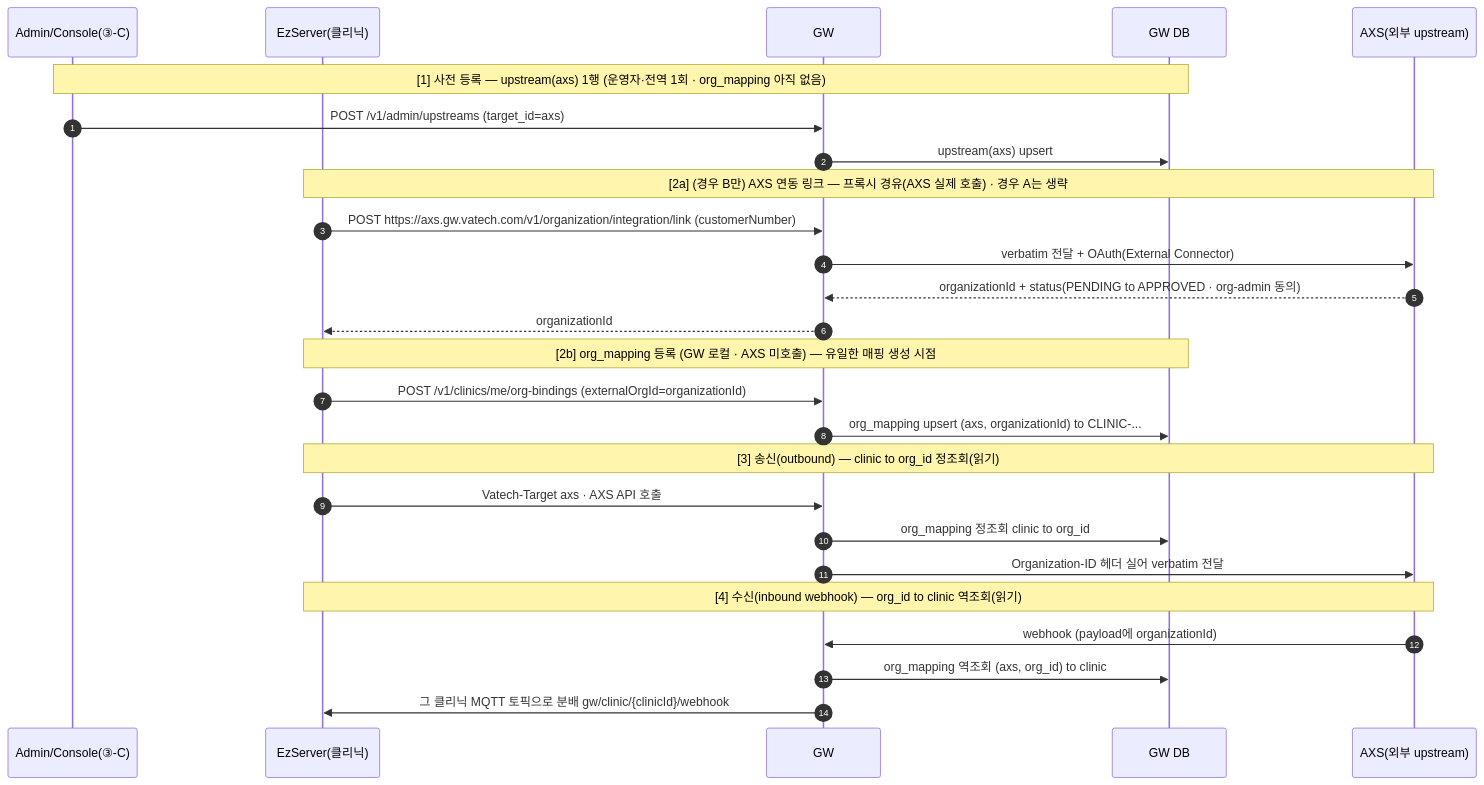
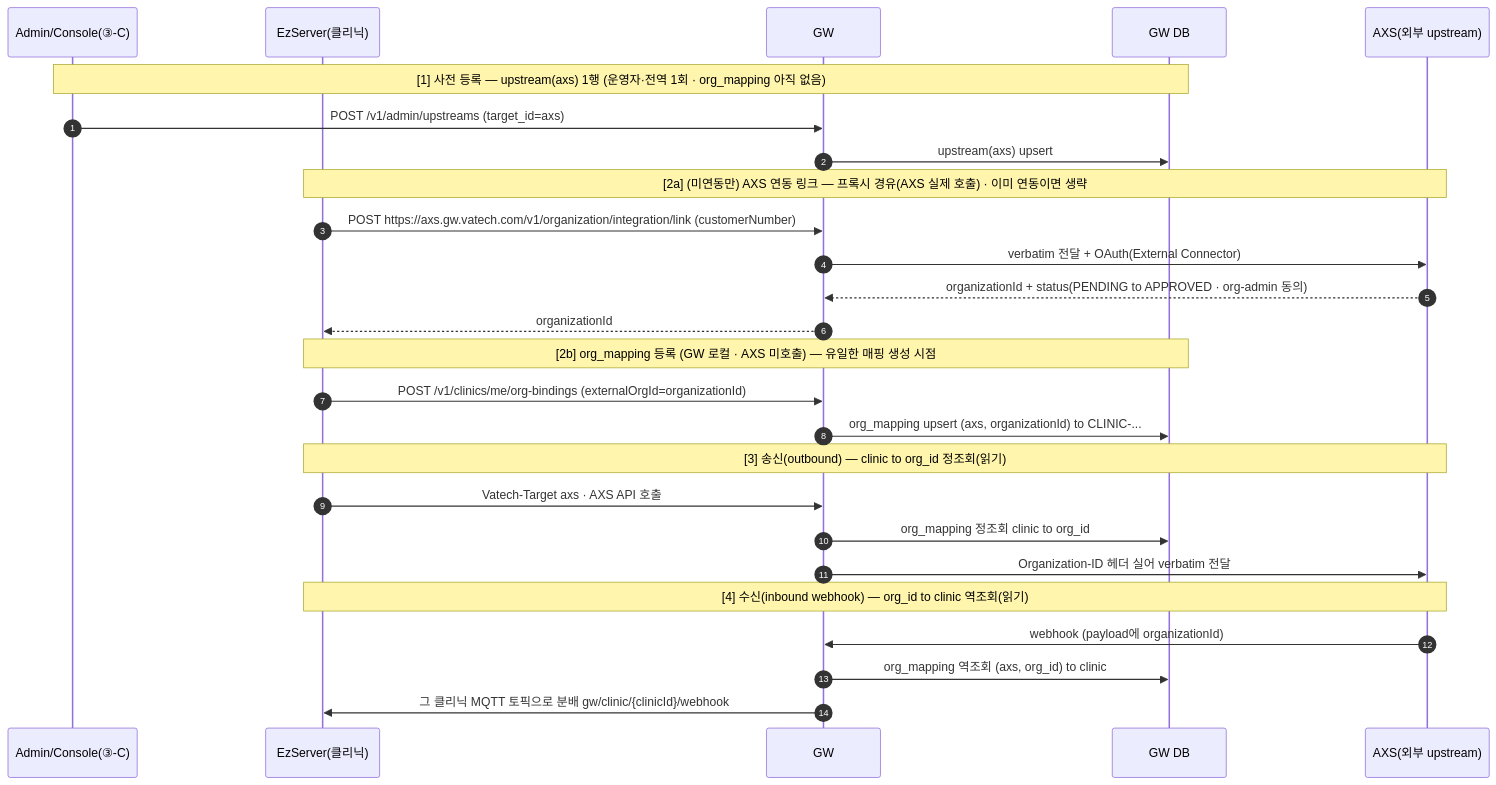
Before and after one commit to gracegyu/scp-architecture: diagram 14 of 23 in docs/VT_API_Gateway/08.VT_API_Gateway/specs/03-srs-gateway/SRS.md, drawn with Mermaid. The commit also changed other lines of this file and 3 other files, not shown here.

````diff
--- a/docs/VT_API_Gateway/08.VT_API_Gateway/specs/03-srs-gateway/SRS.md
+++ b/docs/VT_API_Gateway/08.VT_API_Gateway/specs/03-srs-gateway/SRS.md
@@ -682,33 +710,33 @@
 ```mermaid
 sequenceDiagram
     autonumber
     participant OP as Admin/Console(③-C)
     participant EZ as EzServer(클리닉)
     participant GW as GW
     participant DB as GW DB
     participant AXS as AXS(외부 upstream)
 
     Note over OP,DB: [1] 사전 등록 — upstream(axs) 1행 (운영자·전역 1회 · org_mapping 아직 없음)
     OP->>GW: POST /v1/admin/upstreams (target_id=axs)
     GW->>DB: upstream(axs) upsert
 
-    Note over EZ,AXS: [2a] (경우 B만) AXS 연동 링크 — 프록시 경유(AXS 실제 호출) · 경우 A는 생략
+    Note over EZ,AXS: [2a] (미연동만) AXS 연동 링크 — 프록시 경유(AXS 실제 호출) · 이미 연동이면 생략
     EZ->>GW: POST https://axs.gw.vatech.com/v1/organization/integration/link (customerNumber)
     GW->>AXS: verbatim 전달 + OAuth(External Connector)
     AXS-->>GW: organizationId + status(PENDING to APPROVED · org-admin 동의)
     GW-->>EZ: organizationId
 
     Note over EZ,DB: [2b] org_mapping 등록 (GW 로컬 · AXS 미호출) — 유일한 매핑 생성 시점
     EZ->>GW: POST /v1/clinics/me/org-bindings (externalOrgId=organizationId)
     GW->>DB: org_mapping upsert (axs, organizationId) to CLINIC-...
 
     Note over EZ,AXS: [3] 송신(outbound) — clinic to org_id 정조회(읽기)
     EZ->>GW: Vatech-Target axs · AXS API 호출
     GW->>DB: org_mapping 정조회 clinic to org_id
     GW->>AXS: Organization-ID 헤더 실어 verbatim 전달
 
     Note over AXS,EZ: [4] 수신(inbound webhook) — org_id to clinic 역조회(읽기)
     AXS->>GW: webhook (payload에 organizationId)
     GW->>DB: org_mapping 역조회 (axs, org_id) to clinic
     GW->>EZ: 그 클리닉 MQTT 토픽으로 분배 gw/clinic/{clinicId}/webhook
 ```
````
